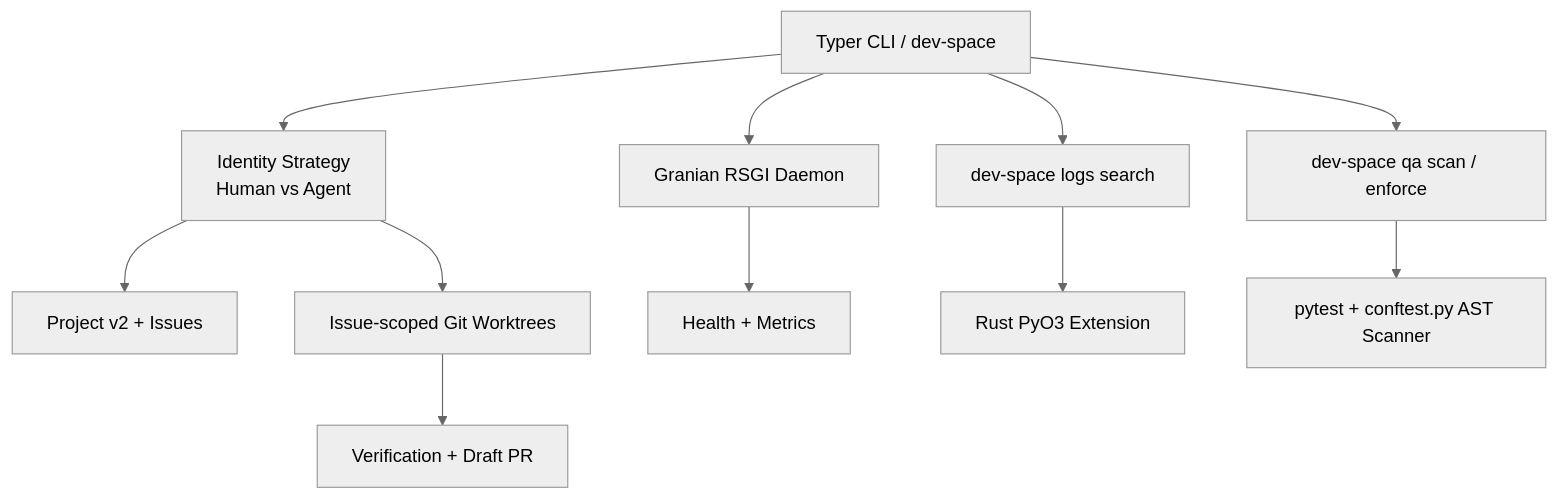
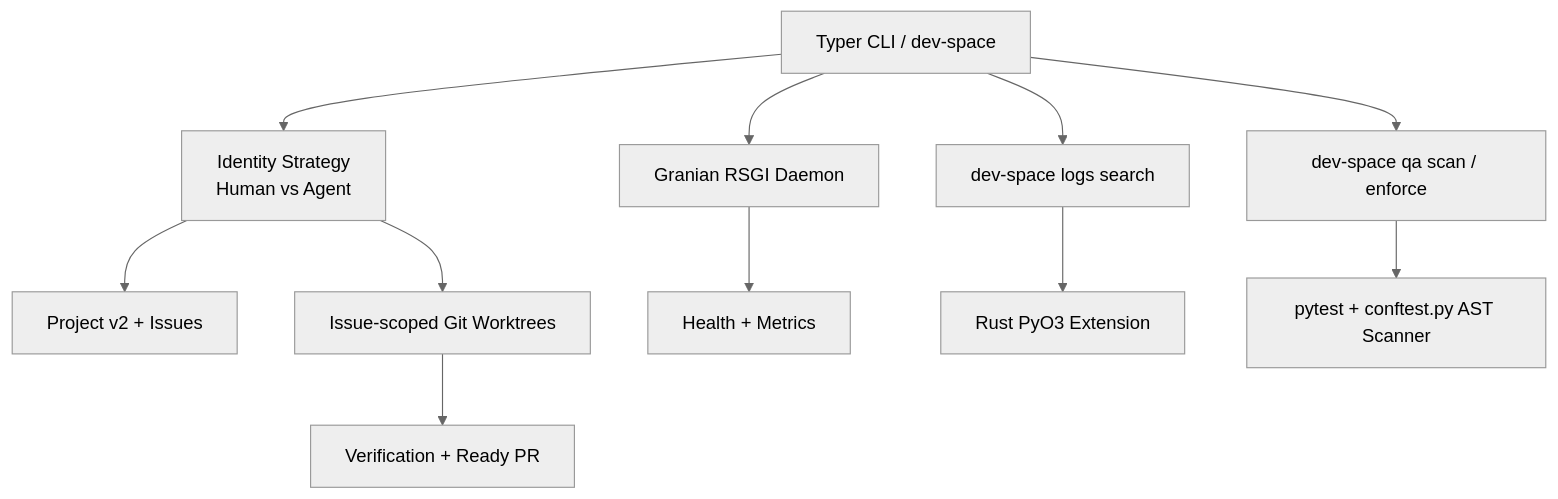
The diagram in README.md (kmosoti/dev-space), drawn with Mermaid (neutral theme) before and after one commit. The commit also changed other lines of this file and 18 other files, not shown here.

Commit message:
feat: gate draft pull request handoff

````diff
--- a/README.md
+++ b/README.md
@@ -28,15 +26,15 @@
 ```mermaid
 graph TD
     CLI[Typer CLI / dev-space] --> ID[Identity Strategy<br/>Human vs Agent]
     ID --> PROJECT[Project v2 + Issues]
     ID --> WORKTREE[Issue-scoped Git Worktrees]
 
-    WORKTREE --> HANDOFF[Verification + Draft PR]
+    WORKTREE --> HANDOFF[Verification + Ready PR]
     CLI --> DAEMON[Granian RSGI Daemon]
     DAEMON --> HEALTH[Health + Metrics]
 
     CLI --> LOGS[dev-space logs search]
     LOGS --> RUSTCORE[Rust PyO3 Extension]
     CLI --> QA[dev-space qa scan / enforce]
     QA --> PYTEST[pytest + conftest.py AST Scanner]
 ```
````
